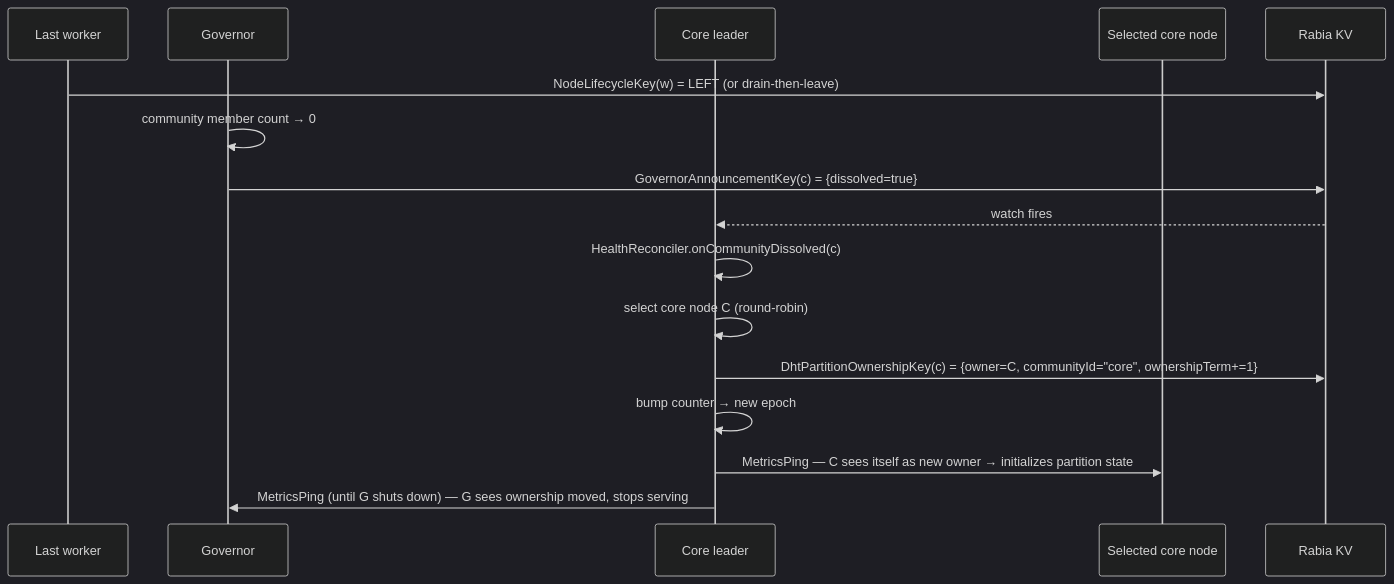
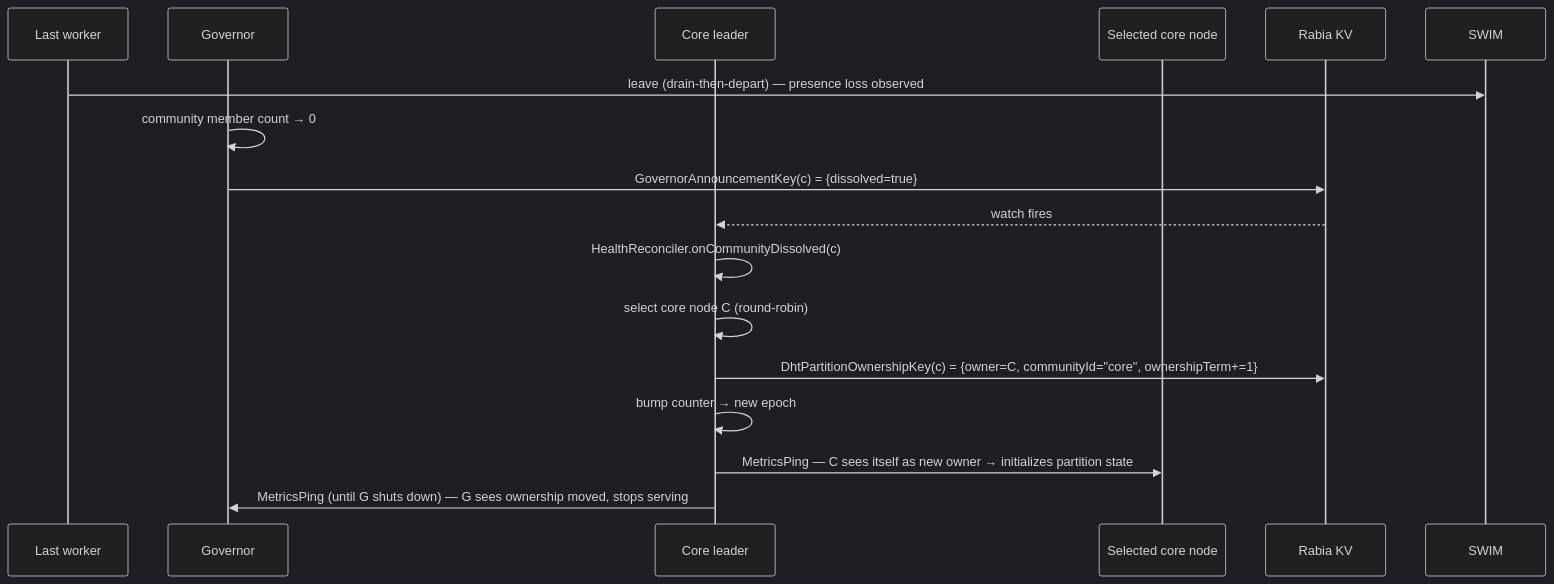
Before and after one commit to pragmaticalabs/pragmatica: the second of 2 diagrams in aether/docs/specs/cluster-generation-spec.md, drawn with Mermaid (dark theme). The commit also changed other lines of this file and 46 other files, not shown here.

````diff
--- a/aether/docs/specs/cluster-generation-spec.md
+++ b/aether/docs/specs/cluster-generation-spec.md
@@ -435,19 +430,19 @@
 ```mermaid
 sequenceDiagram
     participant W as Last worker
     participant G as Governor
     participant L as Core leader
     participant C as Selected core node
     participant KV as Rabia KV
 
-    W->>KV: NodeLifecycleKey(w) = LEFT (or drain-then-leave)
+    W->>SWIM: leave (drain-then-depart) — presence loss observed
     G->>G: community member count → 0
     G->>KV: GovernorAnnouncementKey(c) = {dissolved=true}
     KV-->>L: watch fires
     L->>L: HealthReconciler.onCommunityDissolved(c)
     L->>L: select core node C (round-robin)
     L->>KV: DhtPartitionOwnershipKey(c) = {owner=C, communityId="core", ownershipTerm+=1}
     L->>L: bump counter → new epoch
     L->>C: MetricsPing — C sees itself as new owner → initializes partition state
     L->>G: MetricsPing (until G shuts down) — G sees ownership moved, stops serving
 ```
````
